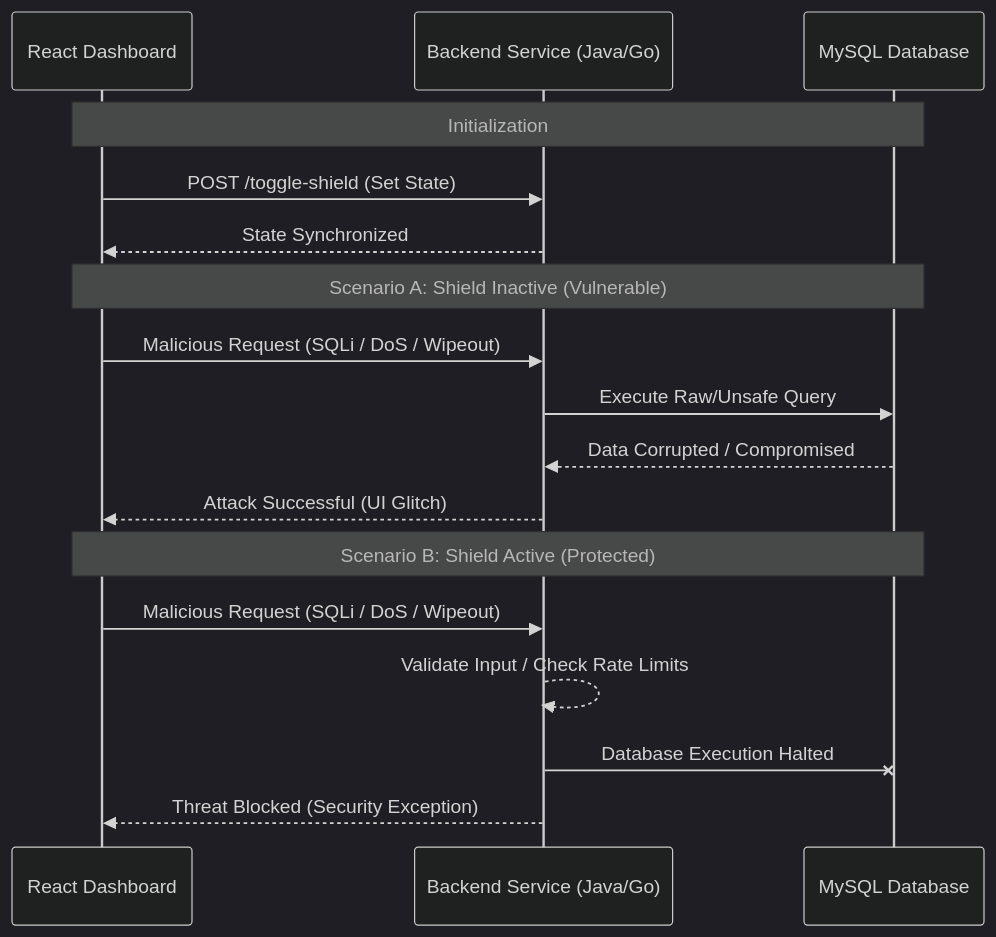
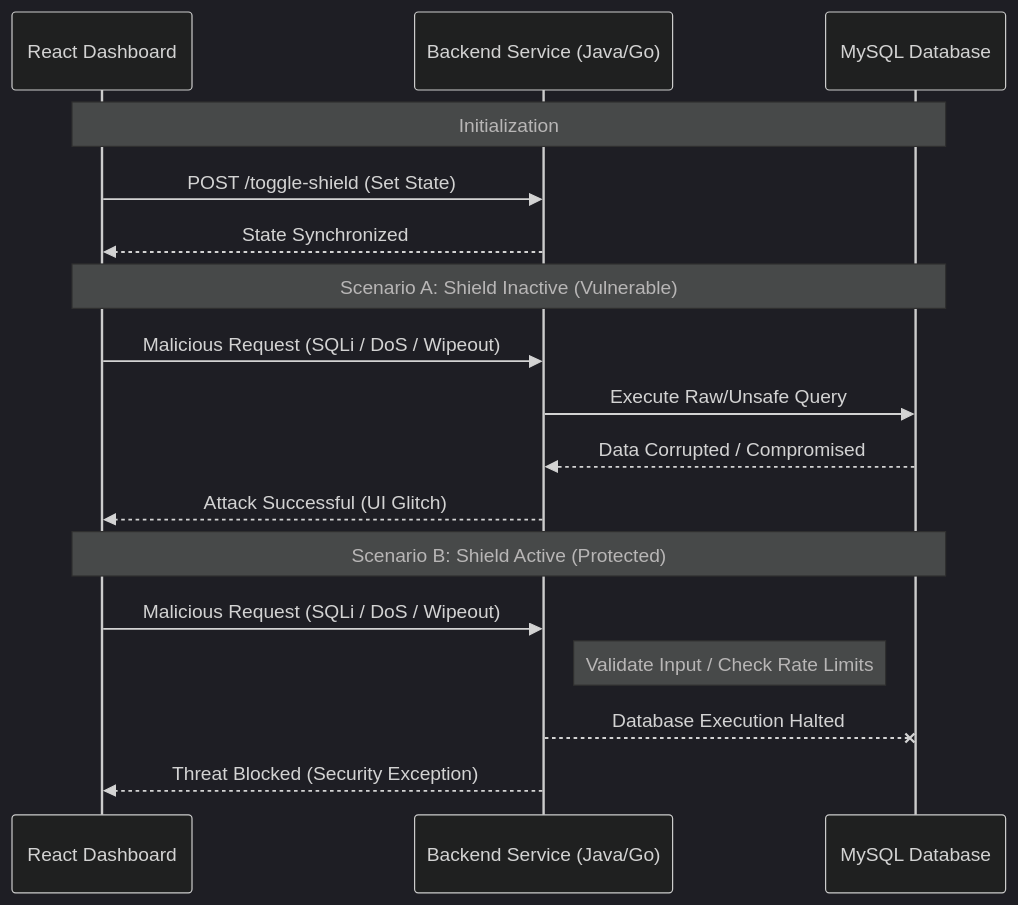
One commit to DineshMoorthy007/polyglot-threat-visualizer changed the second of 2 diagrams in README.md. Above: the diagram before and after it, drawn with Mermaid (dark theme). The commit also changed other lines of this file, not shown here.

Commit message:
docs: improve Mermaid diagram formatting and add database verification instructions to README

````diff
--- a/README.md
+++ b/README.md
@@ -64,22 +64,22 @@
 ```mermaid
 sequenceDiagram
     participant Dashboard as React Dashboard
     participant API as Backend Service (Java/Go)
     participant DB as MySQL Database
 
     Note over Dashboard,DB: Initialization
-    Dashboard->>API: POST /toggle-shield (Set State)
-    API-->>Dashboard: State Synchronized
+    Dashboard ->> API: POST /toggle-shield (Set State)
+    API -->> Dashboard: State Synchronized
 
     Note over Dashboard,DB: Scenario A: Shield Inactive (Vulnerable)
-    Dashboard->>API: Malicious Request (SQLi / DoS / Wipeout)
-    API->>DB: Execute Raw/Unsafe Query
-    DB-->>API: Data Corrupted / Compromised
-    API-->>Dashboard: Attack Successful (UI Glitch)
+    Dashboard ->> API: Malicious Request (SQLi / DoS / Wipeout)
+    API ->> DB: Execute Raw/Unsafe Query
+    DB -->> API: Data Corrupted / Compromised
+    API -->> Dashboard: Attack Successful (UI Glitch)
 
     Note over Dashboard,DB: Scenario B: Shield Active (Protected)
-    Dashboard->>API: Malicious Request (SQLi / DoS / Wipeout)
-    API-->>API: Validate Input / Check Rate Limits
-    API-xDB: Database Execution Halted
-    API-->>Dashboard: Threat Blocked (Security Exception)
+    Dashboard ->> API: Malicious Request (SQLi / DoS / Wipeout)
+    Note right of API: Validate Input / Check Rate Limits
+    API --x DB: Database Execution Halted
+    API -->> Dashboard: Threat Blocked (Security Exception)
 ```
````
